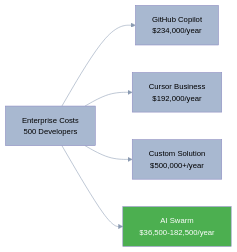
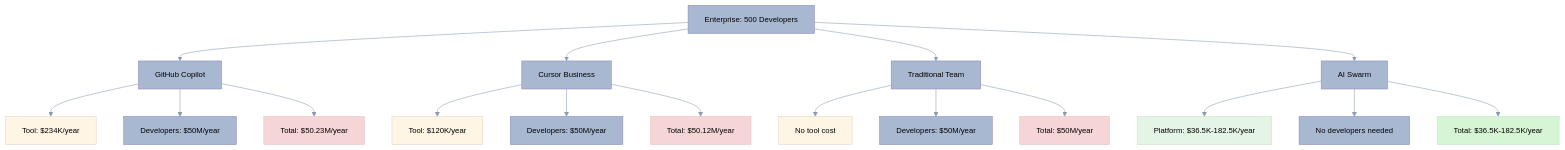
The third of 9 diagrams in business-documents/market-analysis/06-pricing-analysis.md (o2alexanderfedin/AI-Hive-Business-Docs), drawn with Mermaid before and after one commit. The commit also changed other lines of this file, not shown here.

Commit message:
Clarify true enterprise costs including developer salaries
- Transform diagram to show tool costs vs developer salaries
- GitHub Copilot: K tools + M developers = .23M total
- Cursor: K tools + M developers = .12M total
- Traditional: /bin/zsh tools + M developers = M total
- AI Swarm: .5K-182.5K total (no developers needed)
- Add visual styling: pale yellow for tools, pale red for totals, green for AI Swarm
- Add key insight that tools are <0.5% of total cost
- Dramatically illustrates AI Swarm's cost advantage

````diff
--- a/business-documents/market-analysis/06-pricing-analysis.md
+++ b/business-documents/market-analysis/06-pricing-analysis.md
@@ -212,11 +212,35 @@
     'errorTextColor': '#000000'
   }
 }}%%
-graph LR
-    A[Enterprise Costs<br/>500 Developers] --> B[GitHub Copilot<br/>$234,000/year]
-    A --> C[Cursor Business<br/>$192,000/year]
-    A --> D[Custom Solution<br/>$500,000+/year]
-    A --> E[AI Swarm<br/>$36,500-182,500/year]
+graph TD
+    A[Enterprise: 500 Developers] --> B[GitHub Copilot]
+    A --> C[Cursor Business]
+    A --> D[Traditional Team]
+    A --> E[AI Swarm]
 
-    style E fill:#4CAF50,color:#fff
+    B --> B1[Tool: $234K/year]
+    B --> B2[Developers: $50M/year]
+    B --> B3[Total: $50.23M/year]
+
+    C --> C1[Tool: $120K/year]
+    C --> C2[Developers: $50M/year]
+    C --> C3[Total: $50.12M/year]
+
+    D --> D1[No tool cost]
+    D --> D2[Developers: $50M/year]
+    D --> D3[Total: $50M/year]
+
+    E --> E1[Platform: $36.5K-182.5K/year]
+    E --> E2[No developers needed]
+    E --> E3[Total: $36.5K-182.5K/year]
+
+    style B1 fill:#FFF5E5,stroke:#E5D5C5,color:#000
+    style C1 fill:#FFF5E5,stroke:#E5D5C5,color:#000
+    style D1 fill:#FFF5E5,stroke:#E5D5C5,color:#000
+    style E1 fill:#E5F5E5,stroke:#C5E5C5,color:#000
+
+    style B3 fill:#F5D5D5,stroke:#E5C5C5,color:#000
+    style C3 fill:#F5D5D5,stroke:#E5C5C5,color:#000
+    style D3 fill:#F5D5D5,stroke:#E5C5C5,color:#000
+    style E3 fill:#D5F5D5,stroke:#C5E5C5,color:#000
 ```
````
